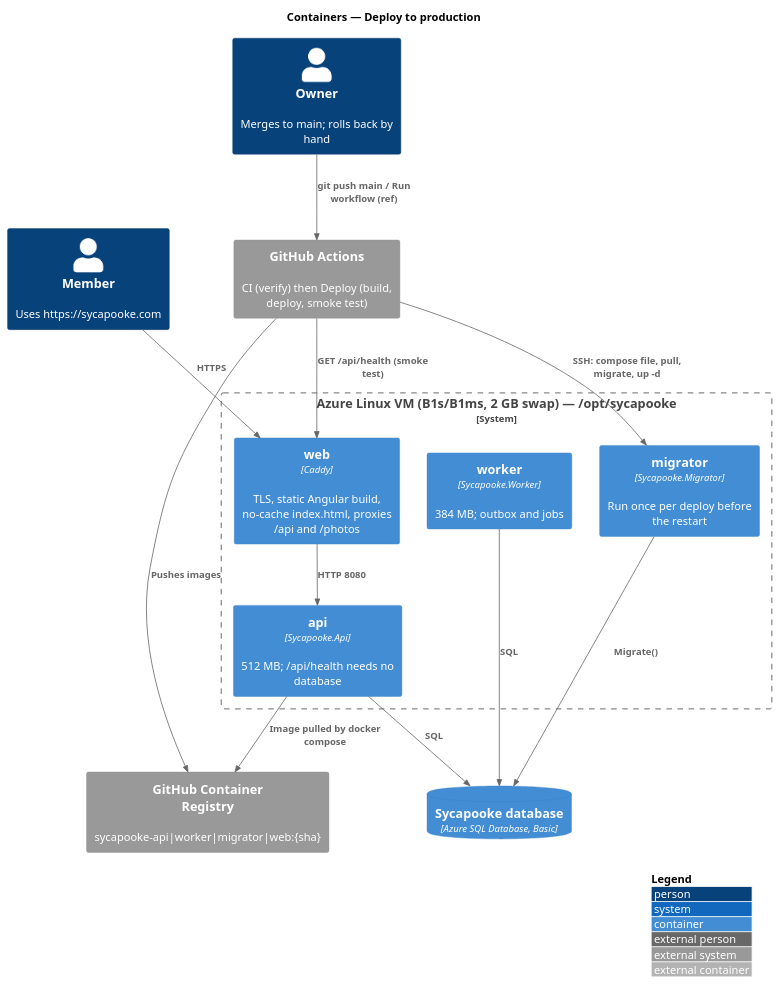
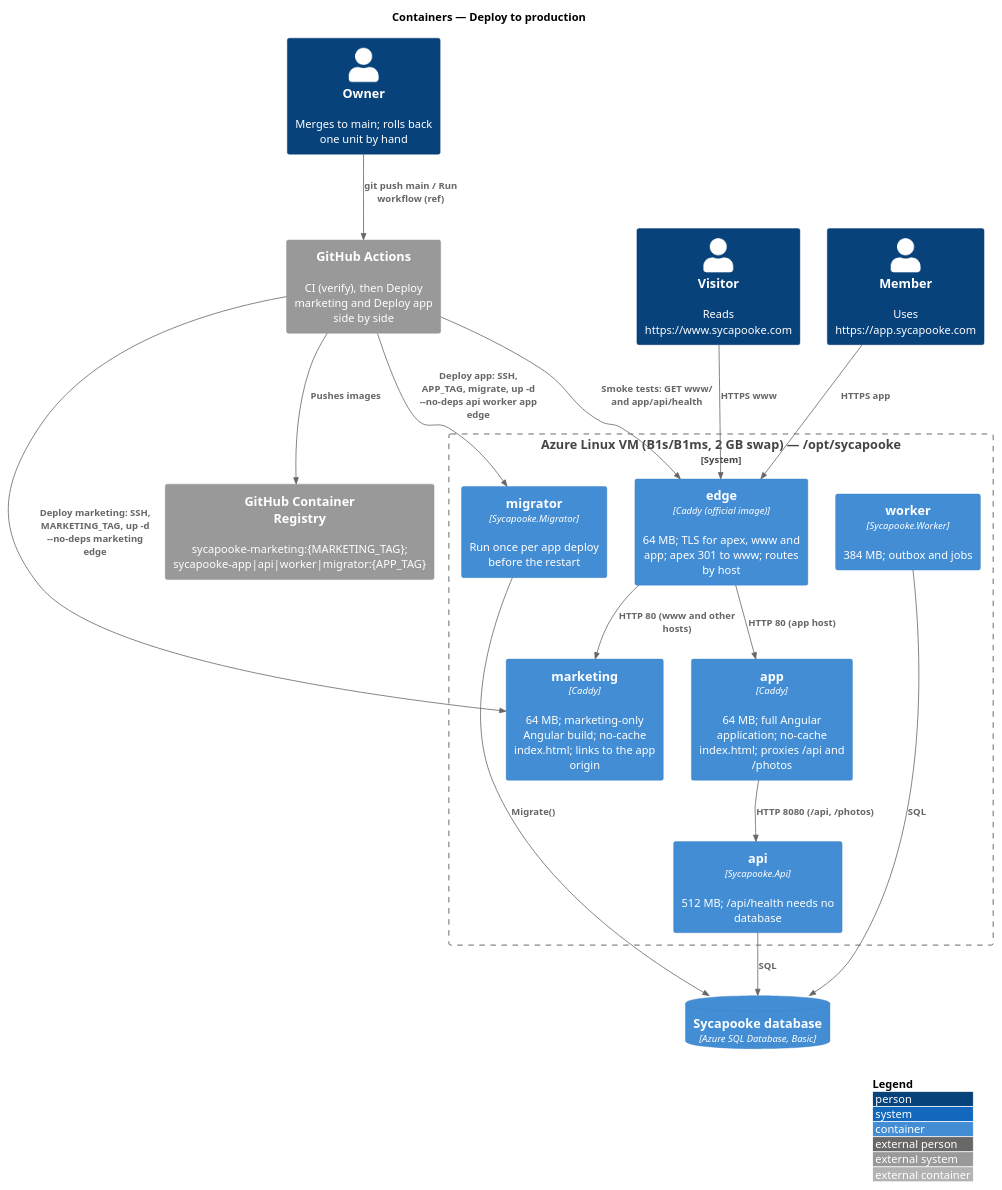
Before and after one commit to QuinntyneBrown/sycapooke: the diagram in docs/detailed-designs/platform/deploy-to-production/diagrams/c4-container.puml, drawn with PlantUML. The commit also changed 22 other files, not shown here.

First line of the commit message:
Document the split deployments and reload the edge after each deploy

```diff
--- a/docs/detailed-designs/platform/deploy-to-production/diagrams/c4-container.puml
+++ b/docs/detailed-designs/platform/deploy-to-production/diagrams/c4-container.puml
@@ -1,27 +1,33 @@
 @startuml
 !include <C4/C4_Container>
 LAYOUT_WITH_LEGEND()
 title Containers — Deploy to production
 
-Person(owner, "Owner", "Merges to main; rolls back by hand")
-Person(member, "Member", "Uses https://sycapooke.com")
-System_Ext(gh, "GitHub Actions", "CI (verify) then Deploy (build, deploy, smoke test)")
-System_Ext(ghcr, "GitHub Container Registry", "sycapooke-api|worker|migrator|web:{sha}")
+Person(owner, "Owner", "Merges to main; rolls back one unit by hand")
+Person(visitor, "Visitor", "Reads https://www.sycapooke.com")
+Person(member, "Member", "Uses https://app.sycapooke.com")
+System_Ext(gh, "GitHub Actions", "CI (verify), then Deploy marketing and Deploy app side by side")
+System_Ext(ghcr, "GitHub Container Registry", "sycapooke-marketing:{MARKETING_TAG}; sycapooke-app|api|worker|migrator:{APP_TAG}")
 System_Boundary(vm, "Azure Linux VM (B1s/B1ms, 2 GB swap) — /opt/sycapooke") {
-  Container(web, "web", "Caddy", "TLS, static Angular build, no-cache index.html, proxies /api and /photos")
+  Container(edge, "edge", "Caddy (official image)", "64 MB; TLS for apex, www and app; apex 301 to www; routes by host")
+  Container(marketing, "marketing", "Caddy", "64 MB; marketing-only Angular build; no-cache index.html; links to the app origin")
+  Container(app, "app", "Caddy", "64 MB; full Angular application; no-cache index.html; proxies /api and /photos")
   Container(api, "api", "Sycapooke.Api", "512 MB; /api/health needs no database")
   Container(worker, "worker", "Sycapooke.Worker", "384 MB; outbox and jobs")
-  Container(migrator, "migrator", "Sycapooke.Migrator", "Run once per deploy before the restart")
+  Container(migrator, "migrator", "Sycapooke.Migrator", "Run once per app deploy before the restart")
 }
 ContainerDb(sql, "Sycapooke database", "Azure SQL Database, Basic")
 Rel(owner, gh, "git push main / Run workflow (ref)")
 Rel(gh, ghcr, "Pushes images")
-Rel(gh, migrator, "SSH: compose file, pull, migrate, up -d")
-Rel(gh, web, "GET /api/health (smoke test)")
-Rel(member, web, "HTTPS")
-Rel(web, api, "HTTP 8080")
+Rel(gh, marketing, "Deploy marketing: SSH, MARKETING_TAG, up -d --no-deps marketing edge")
+Rel(gh, migrator, "Deploy app: SSH, APP_TAG, migrate, up -d --no-deps api worker app edge")
+Rel(gh, edge, "Smoke tests: GET www/ and app/api/health")
+Rel(visitor, edge, "HTTPS www")
+Rel(member, edge, "HTTPS app")
+Rel(edge, marketing, "HTTP 80 (www and other hosts)")
+Rel(edge, app, "HTTP 80 (app host)")
+Rel(app, api, "HTTP 8080 (/api, /photos)")
 Rel(api, sql, "SQL")
 Rel(worker, sql, "SQL")
 Rel(migrator, sql, "Migrate()")
-Rel(api, ghcr, "Image pulled by docker compose")
 @enduml
```
